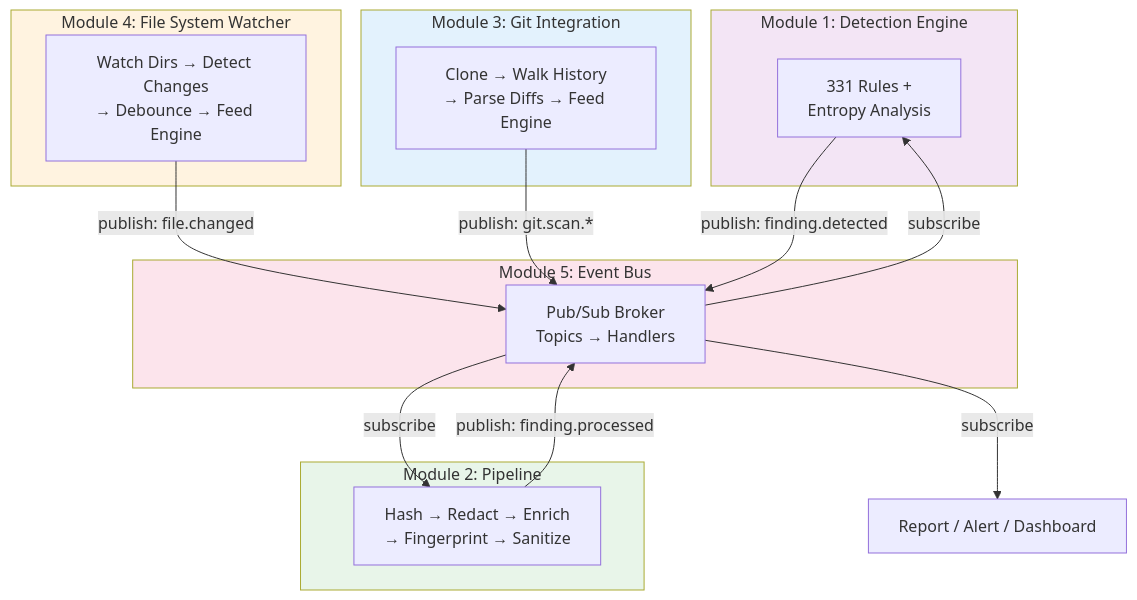
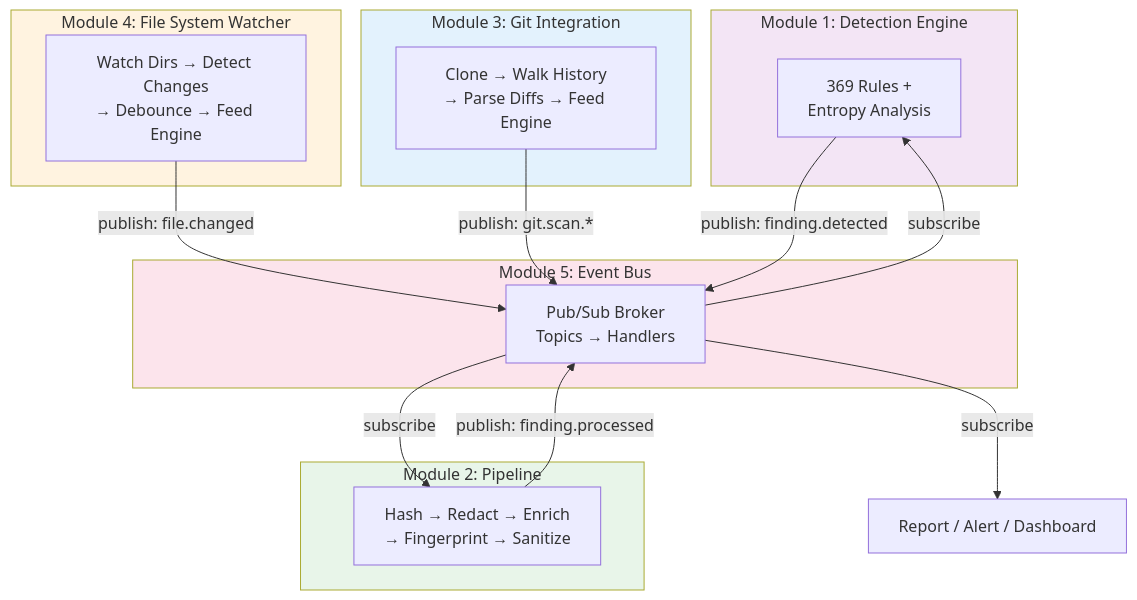
Before and after one commit to svemulapati/CredVigil: the first of 17 diagrams in docs/training/05-event-bus.md, drawn with Mermaid. The commit also changed other lines of this file and 20 other files, not shown here.

````diff
--- a/docs/training/05-event-bus.md
+++ b/docs/training/05-event-bus.md
@@ -62,32 +62,32 @@
 ```mermaid
 flowchart TB
     subgraph M1["Module 1: Detection Engine"]
-        ENGINE["331 Rules +\nEntropy Analysis"]
+        ENGINE["369 Rules +\nEntropy Analysis"]
     end
     subgraph M2["Module 2: Pipeline"]
         PIPE["Hash → Redact → Enrich\n→ Fingerprint → Sanitize"]
     end
     subgraph M3["Module 3: Git Integration"]
         GIT["Clone → Walk History\n→ Parse Diffs → Feed Engine"]
     end
     subgraph M4["Module 4: File System Watcher"]
         WATCH["Watch Dirs → Detect Changes\n→ Debounce → Feed Engine"]
     end
     subgraph M5["Module 5: Event Bus"]
         BUS["Pub/Sub Broker\nTopics → Handlers"]
     end
 
     WATCH -->|"publish: file.changed"| BUS
     GIT -->|"publish: git.scan.*"| BUS
     BUS -->|"subscribe"| ENGINE
     ENGINE -->|"publish: finding.detected"| BUS
     BUS -->|"subscribe"| PIPE
     PIPE -->|"publish: finding.processed"| BUS
     BUS -->|"subscribe"| OUTPUT["Report / Alert / Dashboard"]
 
     style M1 fill:#f3e5f5
     style M2 fill:#e8f5e9
     style M3 fill:#e3f2fd
     style M4 fill:#fff3e0
     style M5 fill:#fce4ec
 ```
````
